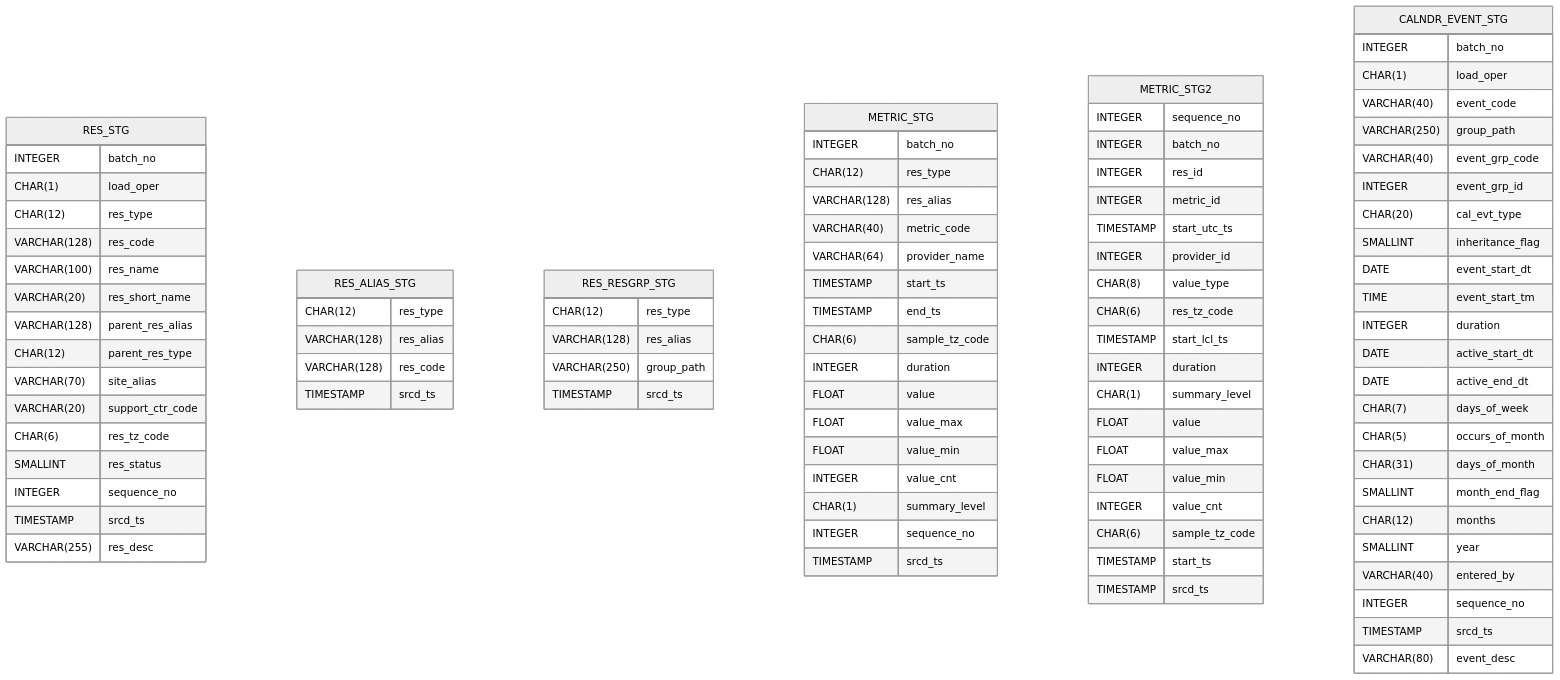
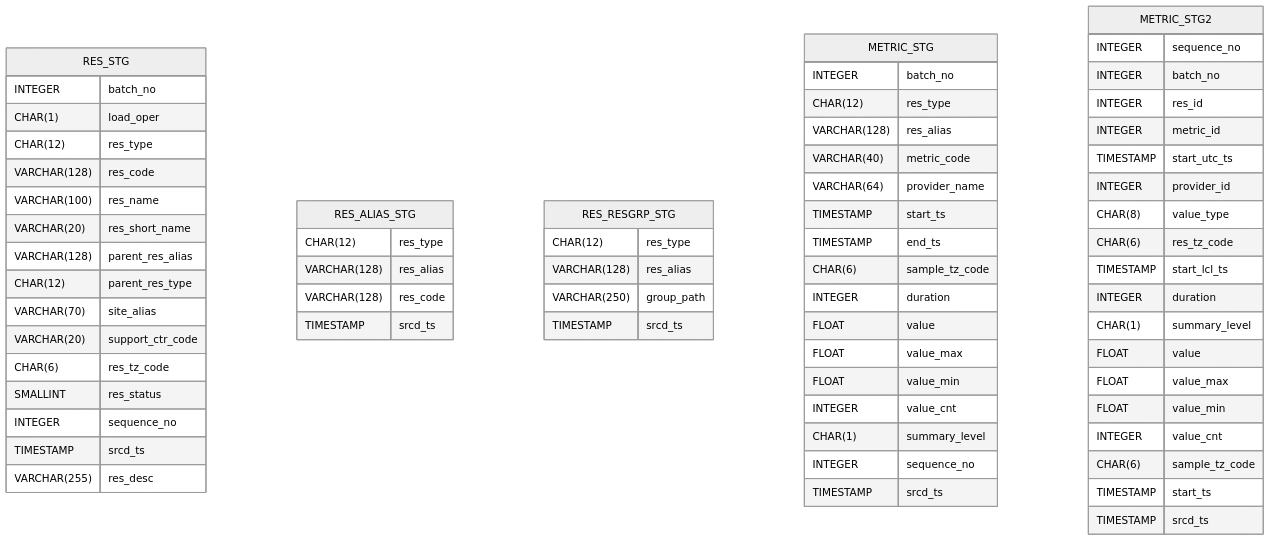
One commit to brianmcmillan/minimum-viable-warehouse changed the sixth of 6 diagrams in v3_metrics-mart/docs/er-diagrams.md. Above: the diagram before and after it, drawn with Mermaid (neutral theme). The commit also changed other lines of this file and 16 other files, not shown here.

````diff
--- a/v3_metrics-mart/docs/er-diagrams.md
+++ b/v3_metrics-mart/docs/er-diagrams.md
@@ -499,29 +444,4 @@
         TIMESTAMP start_ts
         TIMESTAMP srcd_ts
     }
-    CALNDR_EVENT_STG {
-        INTEGER batch_no
-        CHAR(1) load_oper
-        VARCHAR(40) event_code
-        VARCHAR(250) group_path
-        VARCHAR(40) event_grp_code
-        INTEGER event_grp_id
-        CHAR(20) cal_evt_type
-        SMALLINT inheritance_flag
-        DATE event_start_dt
-        TIME event_start_tm
-        INTEGER duration
-        DATE active_start_dt
-        DATE active_end_dt
-        CHAR(7) days_of_week
-        CHAR(5) occurs_of_month
-        CHAR(31) days_of_month
-        SMALLINT month_end_flag
-        CHAR(12) months
-        SMALLINT year
-        VARCHAR(40) entered_by
-        INTEGER sequence_no
-        TIMESTAMP srcd_ts
-        VARCHAR(80) event_desc
-    }
 ```
````
